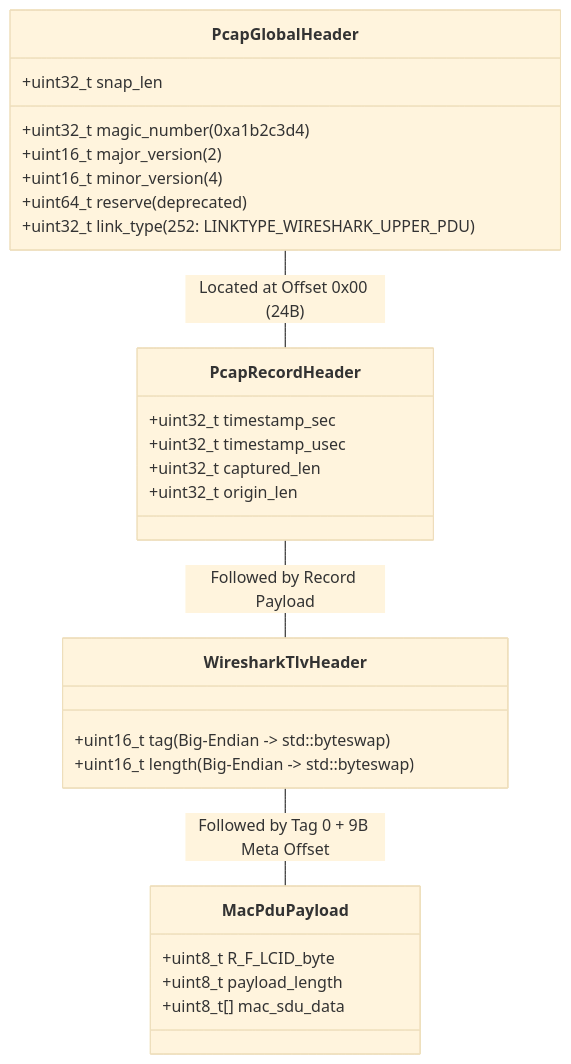
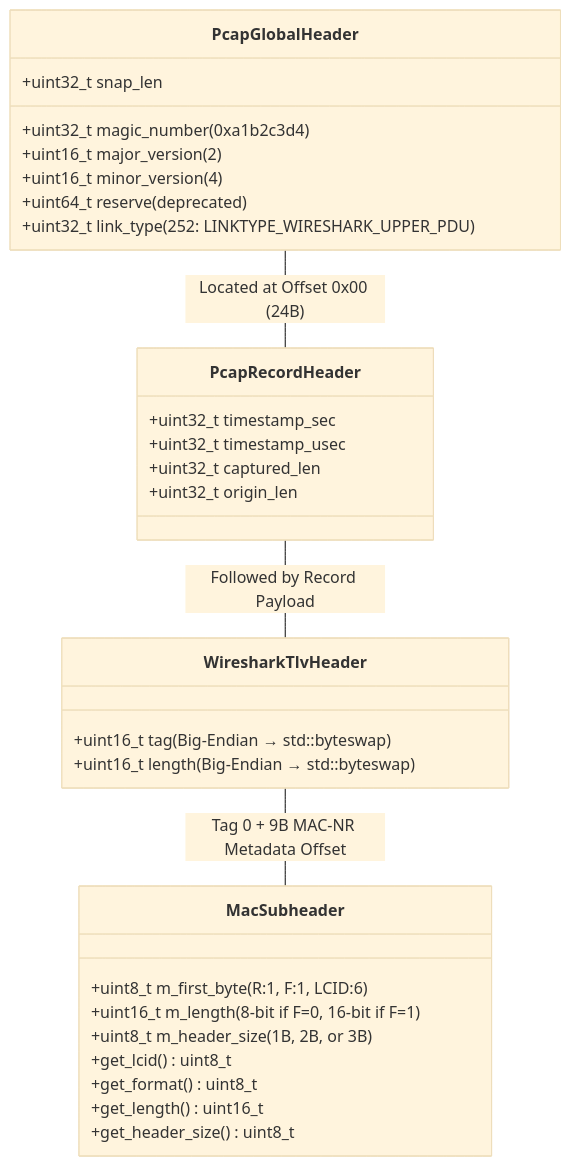
Before and after one commit to sedatsan/5G_FastPacketParser: the second of 2 diagrams in README.md, drawn with Mermaid (base theme). The commit also changed other lines of this file and 2 other files, not shown here.

First line of the commit message:
docs: finalize README with microbenchmarks, GTest, CI and roadmap

````diff
--- a/README.md
+++ b/README.md
@@ -55,33 +84,37 @@
 ```mermaid
 classDiagram
     class PcapGlobalHeader {
         +uint32_t magic_number (0xa1b2c3d4)
         +uint16_t major_version (2)
         +uint16_t minor_version (4)
         +uint64_t reserve (deprecated)
         +uint32_t snap_len
         +uint32_t link_type (252: LINKTYPE_WIRESHARK_UPPER_PDU)
     }
 
     class PcapRecordHeader {
         +uint32_t timestamp_sec
         +uint32_t timestamp_usec
         +uint32_t captured_len
         +uint32_t origin_len
     }
 
     class WiresharkTlvHeader {
-        +uint16_t tag (Big-Endian -> std::byteswap)
-        +uint16_t length (Big-Endian -> std::byteswap)
+        +uint16_t tag (Big-Endian &rarr; std::byteswap)
+        +uint16_t length (Big-Endian &rarr; std::byteswap)
     }
 
-    class MacPduPayload {
-        +uint8_t R_F_LCID_byte
-        +uint8_t payload_length
-        +uint8_t[] mac_sdu_data
+    class MacSubheader {
+        +uint8_t m_first_byte (R:1, F:1, LCID:6)
+        +uint16_t m_length (8-bit if F=0, 16-bit if F=1)
+        +uint8_t m_header_size (1B, 2B, or 3B)
+        +get_lcid() uint8_t
+        +get_format() uint8_t
+        +get_length() uint16_t
+        +get_header_size() uint8_t
     }
 
     PcapGlobalHeader -- PcapRecordHeader : Located at Offset 0x00 (24B)
     PcapRecordHeader -- WiresharkTlvHeader : Followed by Record Payload
-    WiresharkTlvHeader -- MacPduPayload : Followed by Tag 0 + 9B Meta Offset
+    WiresharkTlvHeader -- MacSubheader : Tag 0 + 9B MAC-NR Metadata Offset
 ```
````
